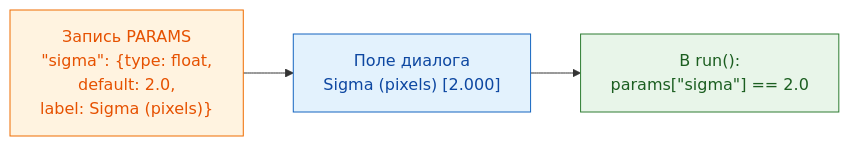
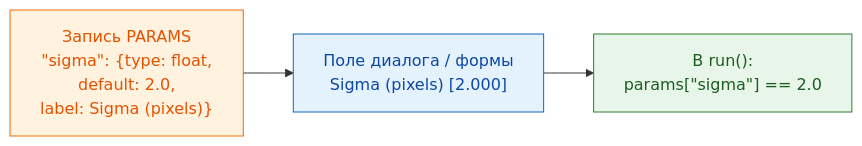
Before and after one commit to Oxford-Zeiss-Centre-of-Excellence/Wavu: the diagram in guide/write/params.ru.md, drawn with Mermaid. The commit also changed other lines of this file and 70 other files, not shown here.

````diff
--- a/guide/write/params.ru.md
+++ b/guide/write/params.ru.md
@@ -11,11 +13,11 @@
 ```mermaid
 flowchart LR
     P["Запись PARAMS<br/>&quot;sigma&quot;: {type: float,<br/>default: 2.0,<br/>label: Sigma (pixels)}"]:::script
-    D["Поле диалога<br/>Sigma (pixels) [2.000]"]:::fiji
+    D["Поле диалога / формы<br/>Sigma (pixels) [2.000]"]:::fiji
     R["В run():<br/>params[&quot;sigma&quot;] == 2.0"]:::worker
     P --> D --> R
 
     classDef fiji   fill:#e3f2fd,stroke:#1565c0,color:#0d47a1
     classDef worker fill:#e8f5e9,stroke:#2e7d32,color:#1b5e20
     classDef script fill:#fff3e0,stroke:#ef6c00,color:#e65100
 ```
````
